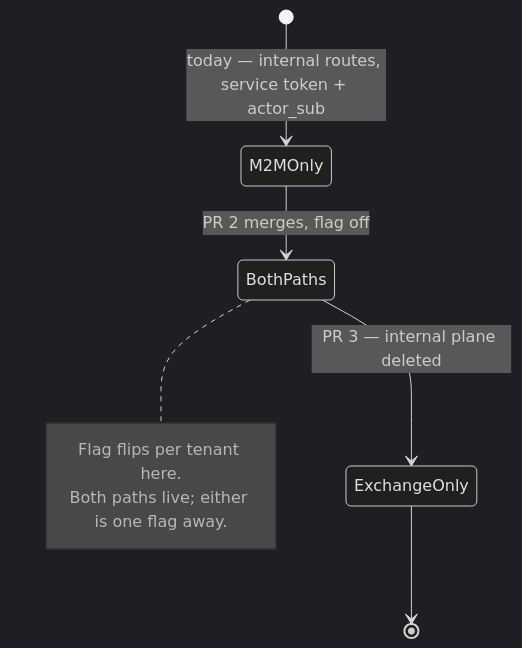
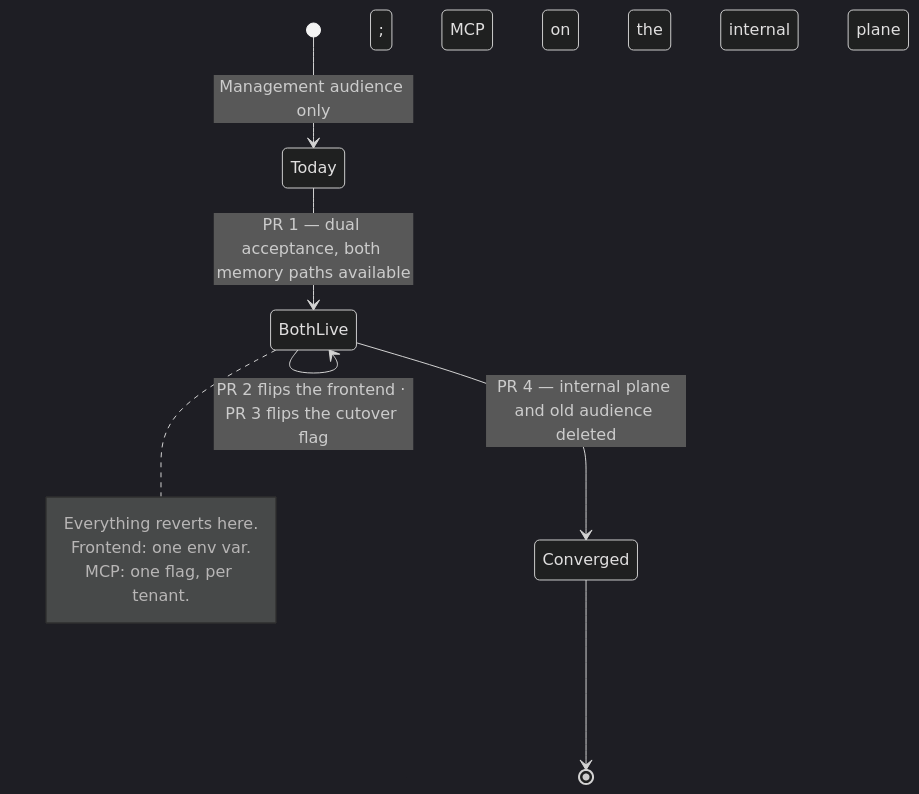
One commit to Solstice-Health/engineering-specs changed the third of 4 diagrams in plans/SOL-XXXX-mcp-backend-delegated-identity.md. Above: the diagram before and after it, drawn with Mermaid (dark theme). The commit also changed other lines of this file and 2 other files, not shown here.

````diff
--- a/plans/SOL-XXXX-mcp-backend-delegated-identity.md
+++ b/plans/SOL-XXXX-mcp-backend-delegated-identity.md
@@ -117,11 +131,13 @@
 ```mermaid
 stateDiagram-v2
-    [*] --> M2MOnly: today — internal routes, service token + actor_sub
-    M2MOnly --> BothPaths: PR 2 merges, flag off
-    BothPaths --> ExchangeOnly: PR 3 — internal plane deleted
-    ExchangeOnly --> [*]
-    note right of BothPaths
-        Flag flips per tenant here.
-        Both paths live; either is one flag away.
+    [*] --> Today: Management audience only; MCP on the internal plane
+    Today --> BothLive: PR 1 — dual acceptance, both memory paths available
+    BothLive --> BothLive: PR 2 flips the frontend · PR 3 flips the cutover flag
+    BothLive --> Converged: PR 4 — internal plane and old audience deleted
+    Converged --> [*]
+    note right of BothLive
+        Everything reverts here.
+        Frontend: one env var.
+        MCP: one flag, per tenant.
     end note
 ```
````
